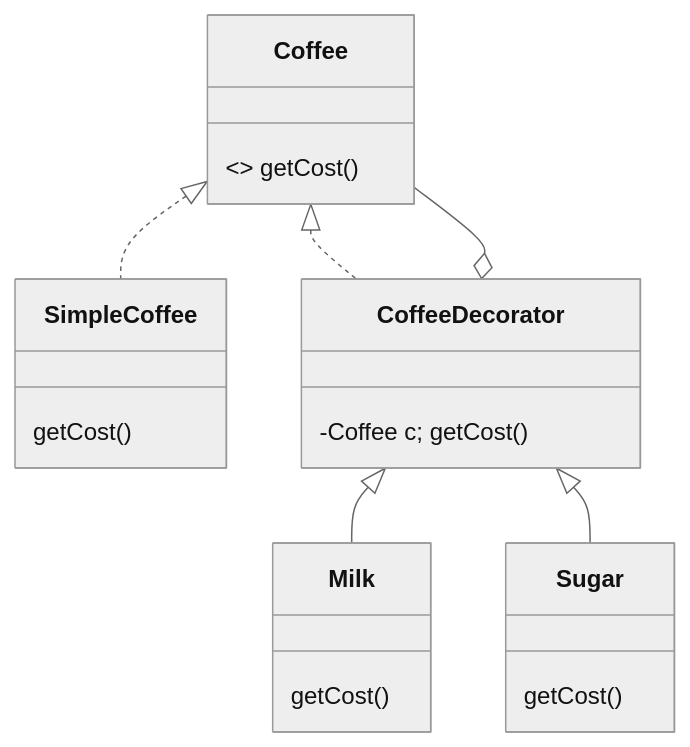
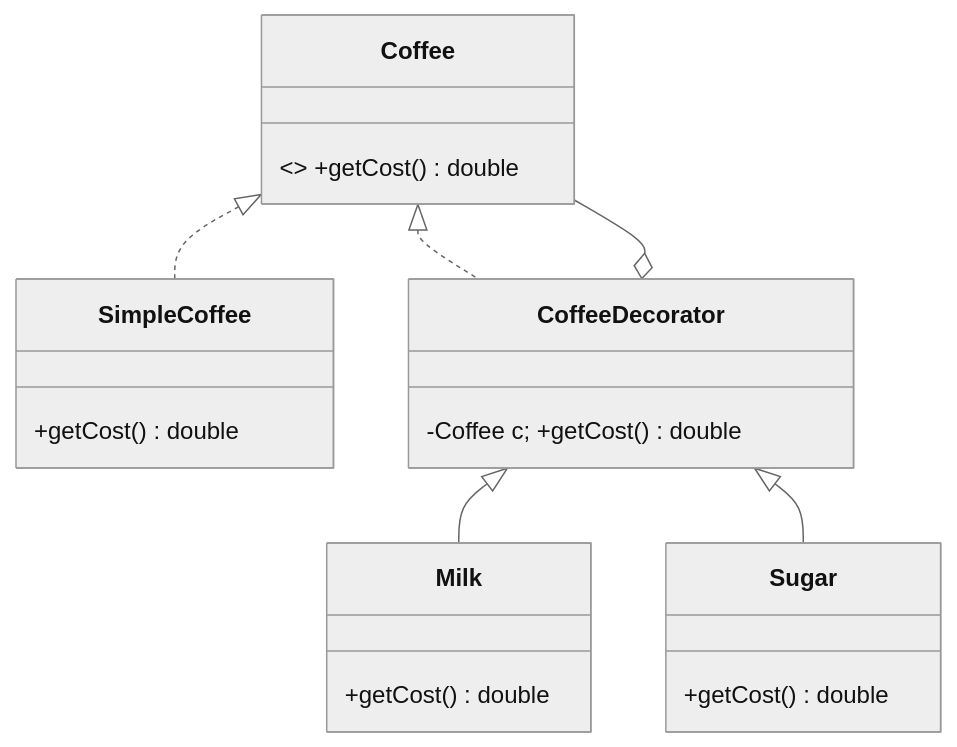
One commit to Ankitsinghsisodya/Low-level-design changed diagram 13 of 26 in README.md. Above: the diagram before and after it, drawn with Mermaid (neutral theme). The commit also changed other lines of this file, not shown here.

````diff
--- a/README.md
+++ b/README.md
@@ -300,13 +655,13 @@
 ```mermaid
 classDiagram
-    class Coffee { <<interface>> getCost() }
-    class SimpleCoffee { getCost() }
-    class CoffeeDecorator { -Coffee c; getCost() }
-    class Milk { getCost() }
-    class Sugar { getCost() }
+    class Coffee { <<interface>> +getCost() double }
+    class SimpleCoffee  { +getCost() double }
+    class CoffeeDecorator { -Coffee c; +getCost() double }
+    class Milk  { +getCost() double }
+    class Sugar { +getCost() double }
     Coffee <|.. SimpleCoffee
     Coffee <|.. CoffeeDecorator
     CoffeeDecorator <|-- Milk
     CoffeeDecorator <|-- Sugar
     CoffeeDecorator o-- Coffee
 ```
````
